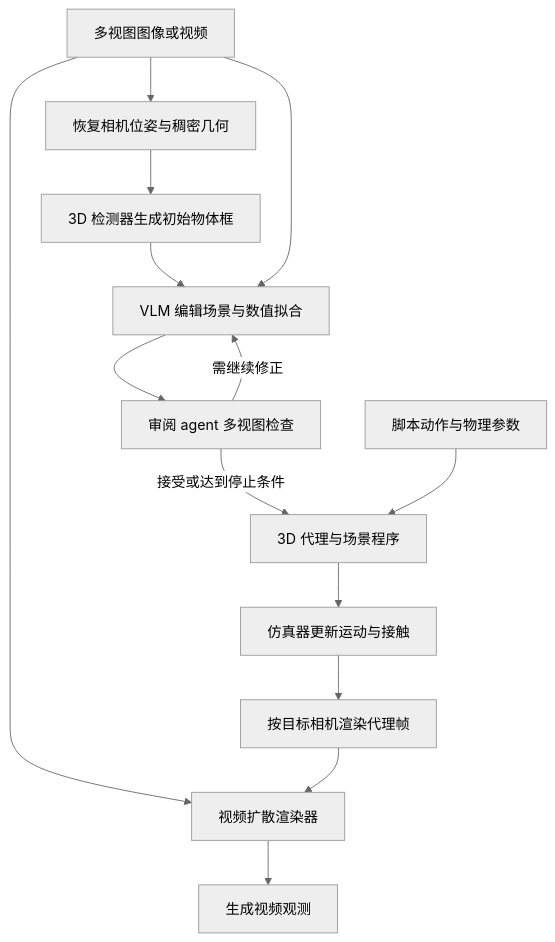
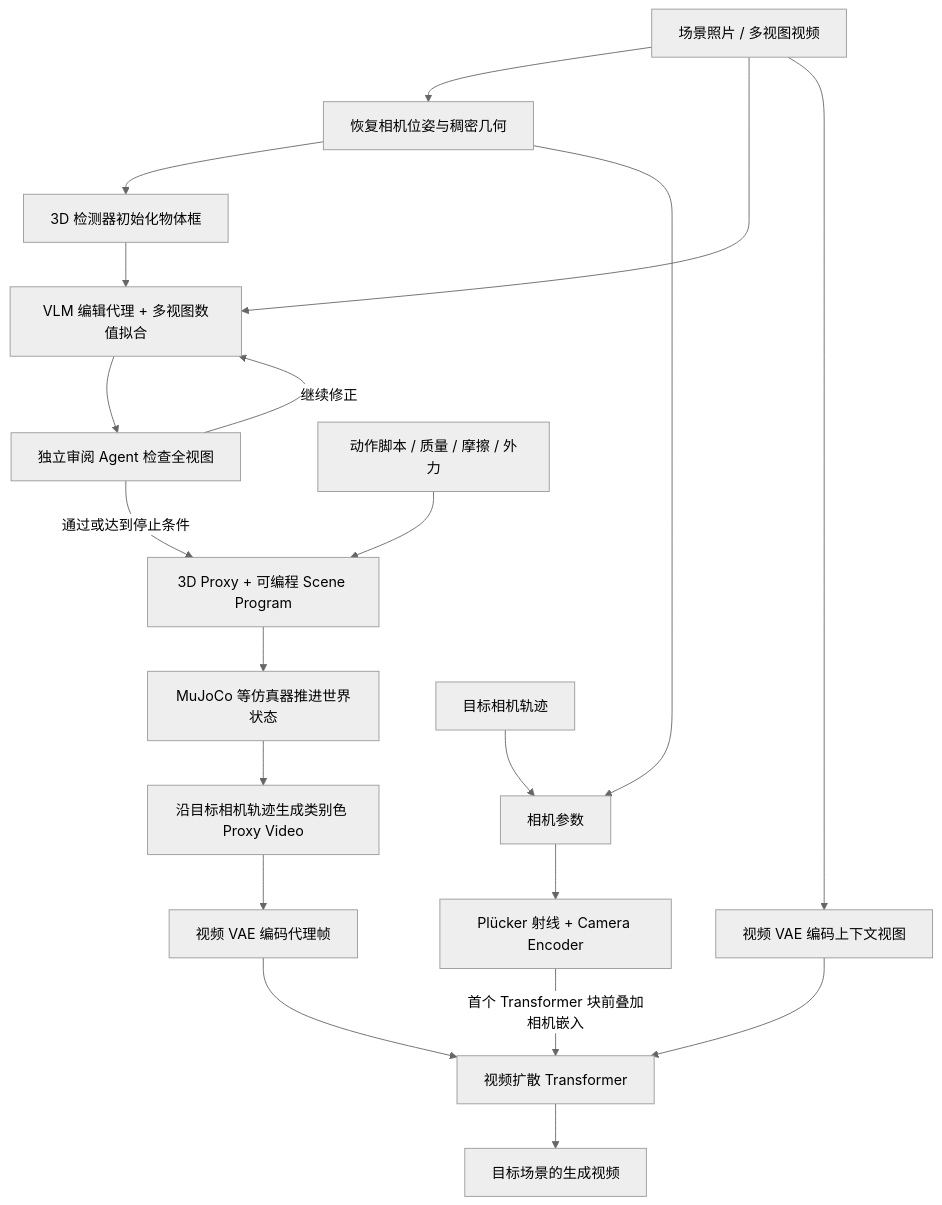
One commit to ImChong/Robotics_Notebooks changed the diagram in wiki/entities/mundo-world-model.md. Above: the diagram before and after it, drawn with Mermaid (neutral theme). The commit also changed other lines of this file and 4 other files, not shown here.

Commit message:
[2026-11-13] ingest | wiki/entities/mundo-world-model.md — 精读可编程仿真与 Plücker 相机射线

````diff
--- a/wiki/entities/mundo-world-model.md
+++ b/wiki/entities/mundo-world-model.md
@@ -39,16 +52,22 @@
 ```mermaid
 flowchart TB
-  I["多视图图像或视频"] --> G["恢复相机位姿与稠密几何"]
-  G --> D["3D 检测器生成初始物体框"]
-  D --> E["VLM 编辑场景与数值拟合"]
-  I --> E
-  E --> R["审阅 agent 多视图检查"]
-  R -->|需继续修正| E
-  R -->|接受或达到停止条件| W["3D 代理与场景程序"]
-  A["脚本动作与物理参数"] --> W
-  W --> S["仿真器更新运动与接触"]
-  S --> P["按目标相机渲染代理帧"]
-  I --> V["视频扩散渲染器"]
-  P --> V
-  V --> O["生成视频观测"]
+  IMG["场景照片 / 多视图视频"] --> GEO["恢复相机位姿与稠密几何"]
+  GEO --> DET["3D 检测器初始化物体框"]
+  DET --> EDIT["VLM 编辑代理 + 多视图数值拟合"]
+  IMG --> EDIT
+  EDIT --> REVIEW["独立审阅 Agent 检查全视图"]
+  REVIEW -->|继续修正| EDIT
+  REVIEW -->|通过或达到停止条件| WORLD["3D Proxy + 可编程 Scene Program"]
+  ACT["动作脚本 / 质量 / 摩擦 / 外力"] --> WORLD
+  WORLD --> SIM["MuJoCo 等仿真器推进世界状态"]
+  SIM --> PROXY["沿目标相机轨迹生成类别色 Proxy Video"]
+  PROXY --> P_LAT["视频 VAE 编码代理帧"]
+  IMG --> C_LAT["视频 VAE 编码上下文视图"]
+  GEO --> C_CAMERA["相机参数"]
+  TARGET["目标相机轨迹"] --> C_CAMERA
+  C_CAMERA --> RAY["Plücker 射线 + Camera Encoder"]
+  P_LAT --> GEN["视频扩散 Transformer"]
+  C_LAT --> GEN
+  RAY -->|首个 Transformer 块前叠加相机嵌入| GEN
+  GEN --> OUT["目标场景的生成视频"]
 ```
````
